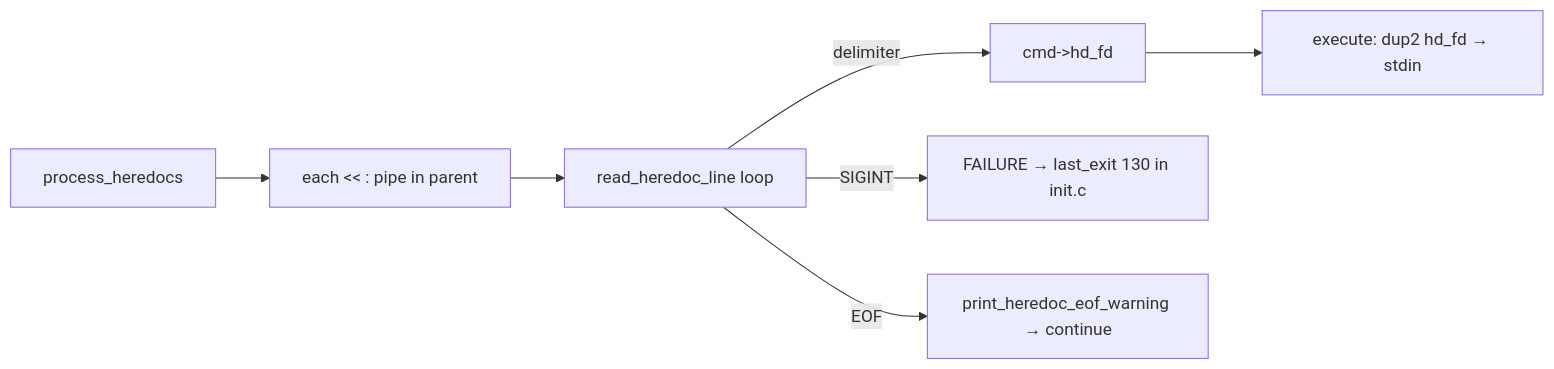
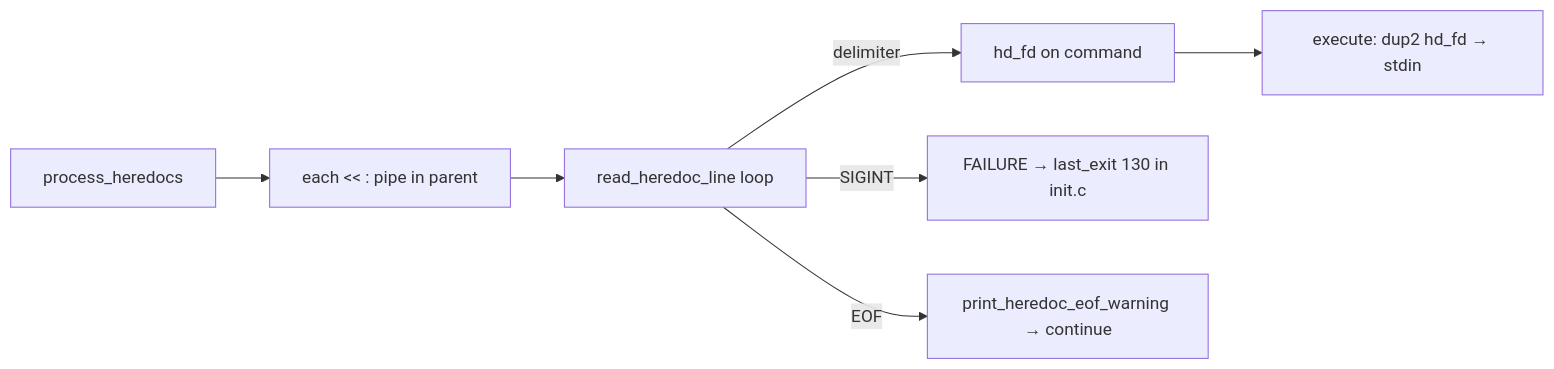
The tenth of 14 diagrams in docs/MINISHELL_ARCHITECTURE.md (gkhavari/minishell), drawn with Mermaid before and after one commit. The commit also changed other lines of this file and 9 other files, not shown here.

````diff
--- a/docs/MINISHELL_ARCHITECTURE.md
+++ b/docs/MINISHELL_ARCHITECTURE.md
@@ -739,9 +739,9 @@
 ```mermaid
 flowchart LR
     PH[process_heredocs] --> E[each << : pipe in parent]
     E --> L[read_heredoc_line loop]
-    L -->|delimiter| F[cmd->hd_fd]
+    L -->|delimiter| F["hd_fd on command"]
     L -->|SIGINT| X[FAILURE → last_exit 130 in init.c]
     L -->|EOF| W[print_heredoc_eof_warning → continue]
     F --> EX[execute: dup2 hd_fd → stdin]
 ```
````
